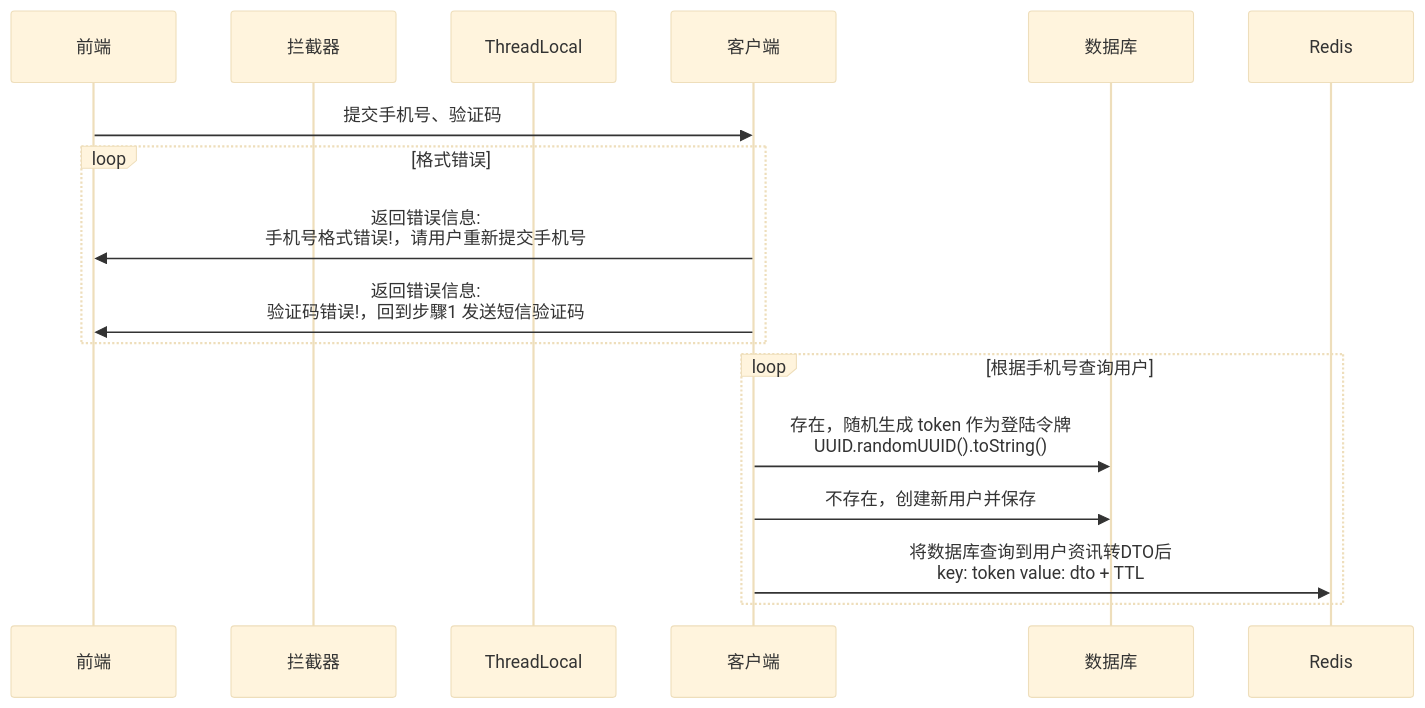
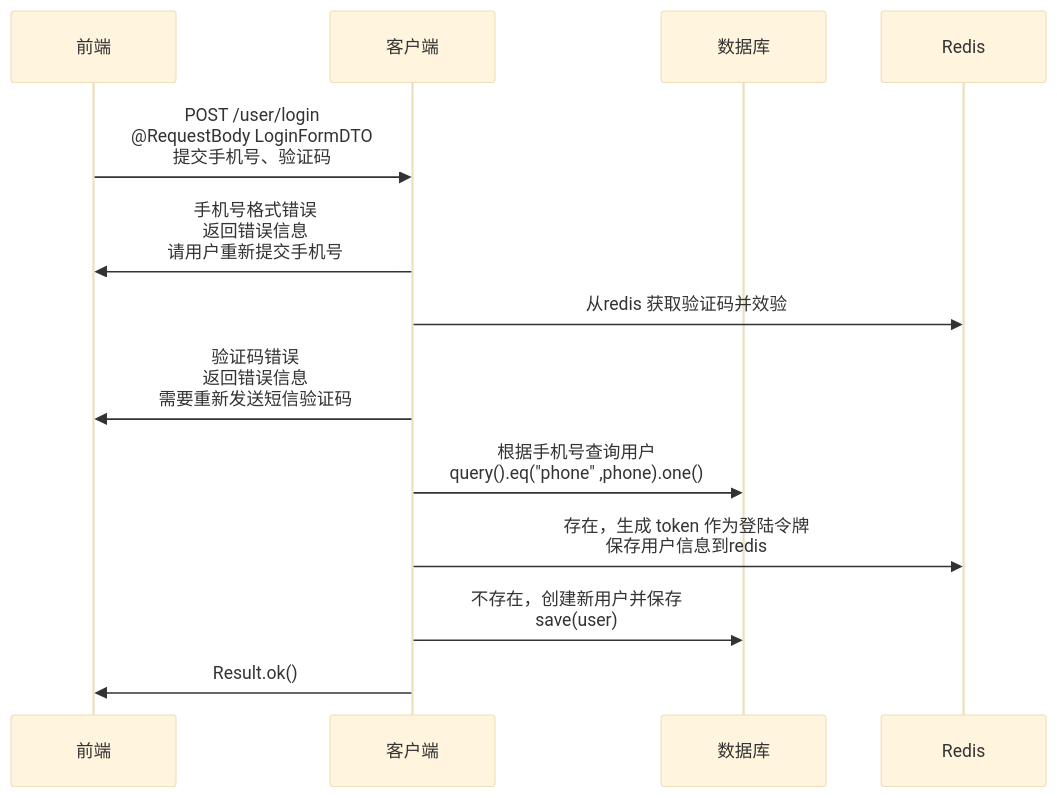
The fifth of 6 diagrams in README.md (feed981/e01), drawn with Mermaid (base theme) before and after one commit. The commit also changed other lines of this file, not shown here.

````diff
--- a/README.md
+++ b/README.md
@@ -683,20 +478,16 @@
 ```mermaid
 sequenceDiagram
     participant 前端
-    participant 拦截器
-    participant ThreadLocal
     participant 客户端
     participant 数据库
     participant Redis
 
-      前端->>客户端: 提交手机号、验证码
-      loop 格式错误
-        客户端->>前端: 返回错误信息: <br>手机号格式错误!，请用户重新提交手机号
-      客户端->>前端: 返回错误信息: <br>验证码错误!，回到步驟1 发送短信验证码
-      end
-      loop 根据手机号查询用户
-        客户端->>数据库: 存在，随机生成 token 作为登陆令牌 <br>UUID.randomUUID().toString()
-        客户端->>数据库: 不存在，创建新用户并保存
-        客户端->>Redis: 将数据库查询到用户资讯转DTO后 <br>key: token value: dto + TTL
-      end
+      前端->>客户端: POST /user/login<br>@RequestBody LoginFormDTO <br>提交手机号、验证码
+	客户端->>前端: 手机号格式错误<br>返回错误信息<br>请用户重新提交手机号
+	客户端->>Redis: 从redis 获取验证码并效验
+	客户端->>前端: 验证码错误<br>返回错误信息<br>需要重新发送短信验证码
+        客户端->>数据库: 根据手机号查询用户<br>query().eq("phone" ,phone).one()
+        客户端->>Redis: 存在，生成 token 作为登陆令牌<br>保存用户信息到redis
+        客户端->>数据库: 不存在，创建新用户并保存<br>save(user)
+        客户端->>前端: Result.ok()
 ```
````
